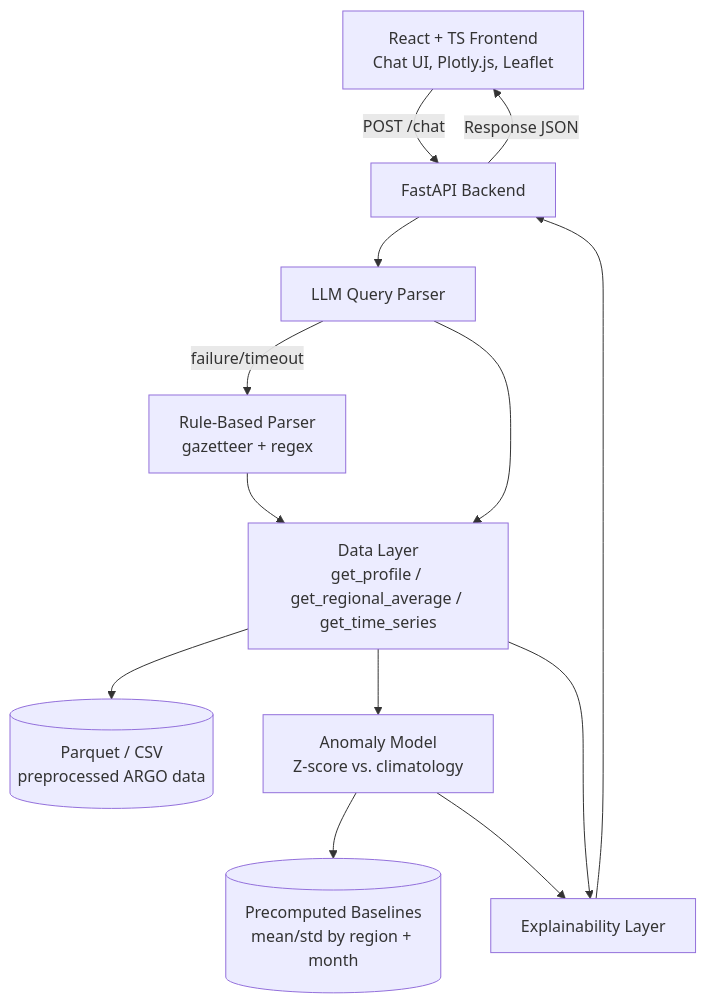
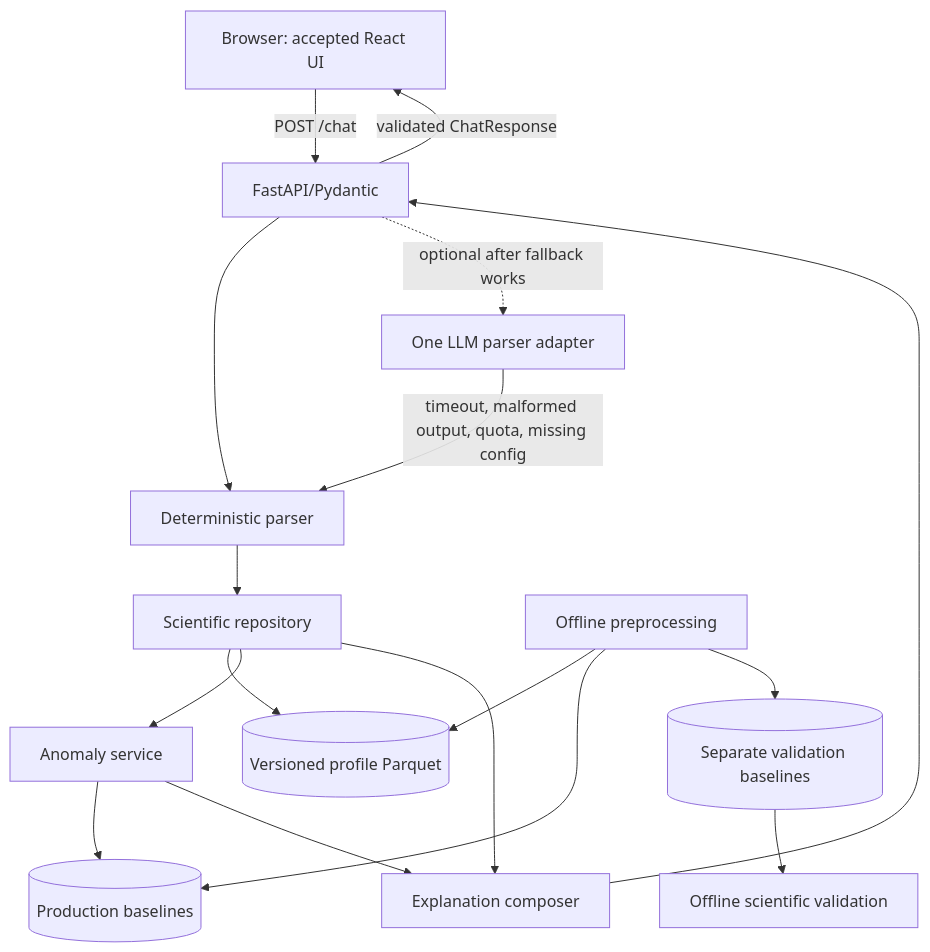
Before and after one commit to dhruvwarriorr/floatchat: the second of 2 diagrams in docs/ARCHITECTURE.md, drawn with Mermaid. The commit also changed other lines of this file and 15 other files, not shown here.

````diff
--- a/docs/ARCHITECTURE.md
+++ b/docs/ARCHITECTURE.md
@@ -10,15 +37,20 @@
 ```mermaid
-graph TD
-    Client[React + TS Frontend<br/>Chat UI, Plotly.js, Leaflet] -->|POST /chat| API[FastAPI Backend]
-    API --> Parser[LLM Query Parser]
-    Parser -->|failure/timeout| Fallback[Rule-Based Parser<br/>gazetteer + regex]
-    Parser --> Data[Data Layer<br/>get_profile / get_regional_average / get_time_series]
-    Fallback --> Data
-    Data --> Store[(Parquet / CSV<br/>preprocessed ARGO data)]
-    Data --> Anomaly[Anomaly Model<br/>Z-score vs. climatology]
-    Anomaly --> Baselines[(Precomputed Baselines<br/>mean/std by region + month)]
-    Data --> Explain[Explainability Layer]
-    Anomaly --> Explain
-    Explain --> API
-    API -->|Response JSON| Client
+flowchart TD
+    B[Browser: accepted React UI] -->|POST /chat| API[FastAPI/Pydantic]
+    API --> RP[Deterministic parser]
+    API -. optional after fallback works .-> LP[One LLM parser adapter]
+    LP -->|timeout, malformed output, quota, missing config| RP
+    RP --> REPO[Scientific repository]
+    REPO --> P[(Versioned profile Parquet)]
+    REPO --> AN[Anomaly service]
+    AN --> PB[(Production baselines)]
+    REPO --> EX[Explanation composer]
+    AN --> EX
+    EX --> API
+    API -->|validated ChatResponse| B
+
+    PRE[Offline preprocessing] --> P
+    PRE --> PB
+    PRE --> VB[(Separate validation baselines)]
+    VB --> VAL[Offline scientific validation]
 ```
````
